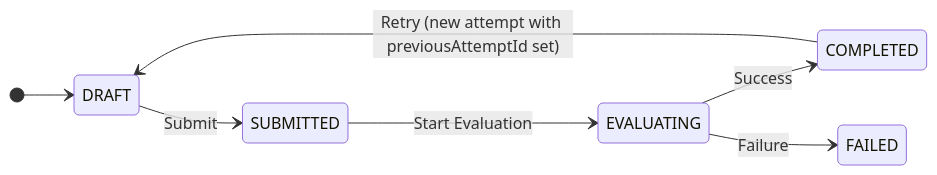
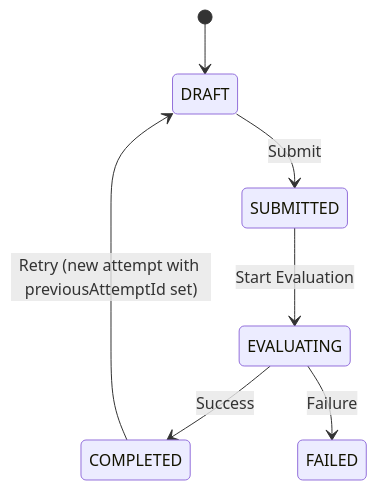
One commit to shaurya-sehgal5/LLD changed the fourth of 7 diagrams in README.md. Above: the diagram before and after it, drawn with Mermaid. The commit also changed other lines of this file, not shown here.

````diff
--- a/README.md
+++ b/README.md
@@ -228,10 +318,9 @@
 ```mermaid
 stateDiagram-v2
-    direction LR
     [*] --> DRAFT
     DRAFT --> SUBMITTED: Submit
     SUBMITTED --> EVALUATING: Start Evaluation
     EVALUATING --> COMPLETED: Success
     EVALUATING --> FAILED: Failure
     COMPLETED --> DRAFT: Retry (new attempt with previousAttemptId set)
 ```
````
